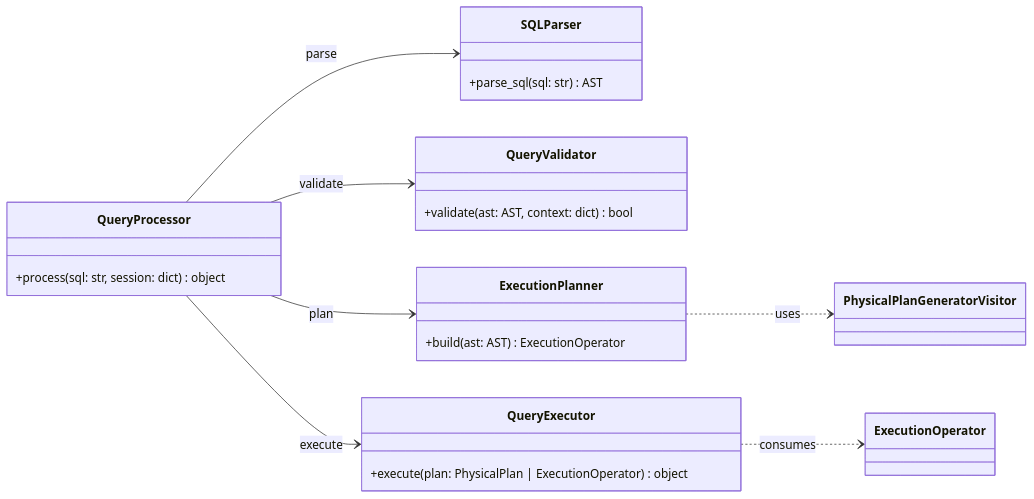
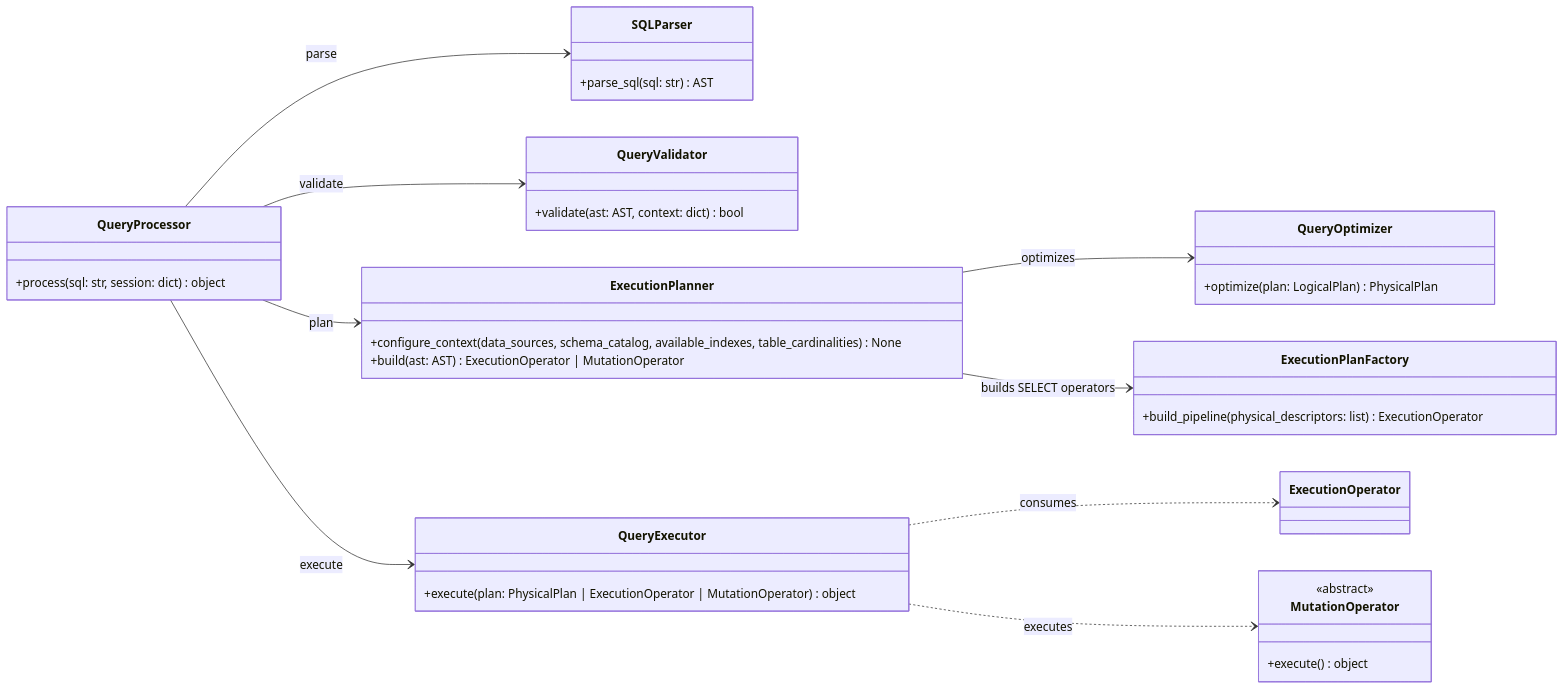
The seventh of 7 diagrams in docs/diagrams/class/query_processing.md (taitran501/DBMS), drawn with Mermaid before and after one commit. The commit also changed other lines of this file and 11 other files, not shown here.

First line of the commit message:
feat(query-processing): implement Factory Method and Processing Pipeline patterns

````diff
--- a/docs/diagrams/class/query_processing.md
+++ b/docs/diagrams/class/query_processing.md
@@ -328,31 +340,47 @@
 ```mermaid
 classDiagram
     direction LR
 
     class QueryProcessor {
         +process(sql: str, session: dict) object
     }
 
     class SQLParser {
         +parse_sql(sql: str) AST
     }
 
     class QueryValidator {
         +validate(ast: AST, context: dict) bool
     }
 
     class ExecutionPlanner {
-        +build(ast: AST) ExecutionOperator
+        +configure_context(data_sources, schema_catalog, available_indexes, table_cardinalities) None
+        +build(ast: AST) ExecutionOperator | MutationOperator
+    }
+
+    class QueryOptimizer {
+        +optimize(plan: LogicalPlan) PhysicalPlan
+    }
+
+    class ExecutionPlanFactory {
+        +build_pipeline(physical_descriptors: list) ExecutionOperator
     }
 
     class QueryExecutor {
-        +execute(plan: PhysicalPlan | ExecutionOperator) object
+        +execute(plan: PhysicalPlan | ExecutionOperator | MutationOperator) object
+    }
+
+    class MutationOperator {
+        <<abstract>>
+        +execute() object
     }
 
     QueryProcessor --> SQLParser : parse
     QueryProcessor --> QueryValidator : validate
     QueryProcessor --> ExecutionPlanner : plan
     QueryProcessor --> QueryExecutor : execute
-    ExecutionPlanner ..> PhysicalPlanGeneratorVisitor : uses
+    ExecutionPlanner --> QueryOptimizer : optimizes
+    ExecutionPlanner --> ExecutionPlanFactory : builds SELECT operators
     QueryExecutor ..> ExecutionOperator : consumes
+    QueryExecutor ..> MutationOperator : executes
 ```
````
